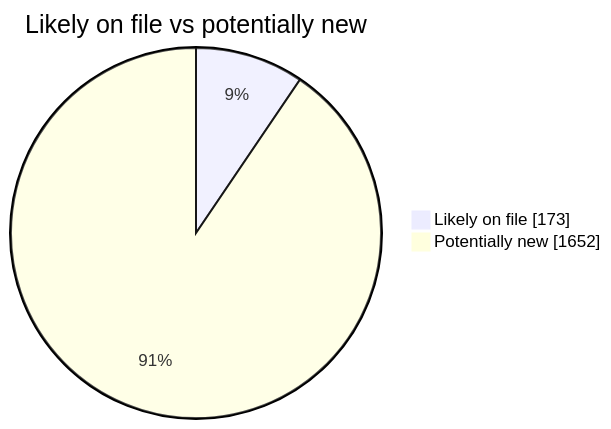
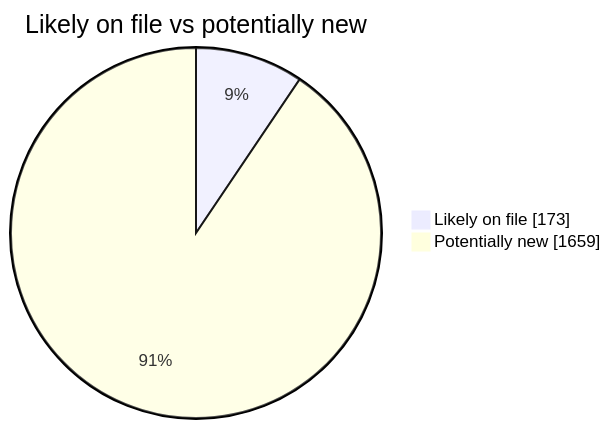
Before and after one commit to martinbalfanz/social-scanner-reports: the second of 4 diagrams in README.md, drawn with Mermaid. The commit also changed other lines of this file and 4 other files, not shown here.

````diff
--- a/README.md
+++ b/README.md
@@ -40,5 +40,5 @@
 ```mermaid
 pie showData title Likely on file vs potentially new
     "Likely on file" : 173
-    "Potentially new" : 1652
+    "Potentially new" : 1659
 ```
````
